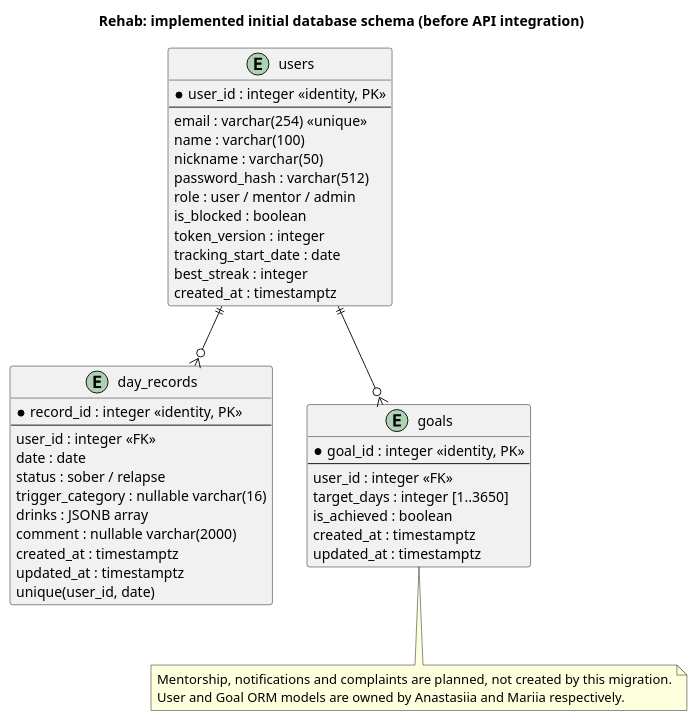
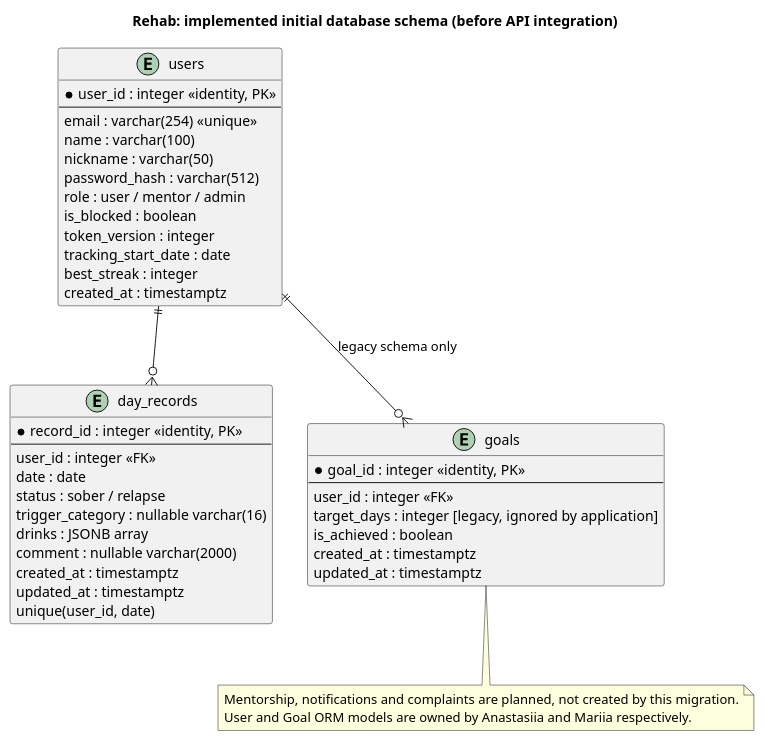
The diagram in docs/architecture/uml/implemented-data-model.puml (ukma-fin-ssdm-2026/Rehab), drawn with PlantUML before and after one commit. The commit also changed 12 other files, not shown here.

```diff
--- a/docs/architecture/uml/implemented-data-model.puml
+++ b/docs/architecture/uml/implemented-data-model.puml
@@ -1,45 +1,45 @@
 @startuml
 title Rehab: implemented initial database schema (before API integration)
 entity users {
   * user_id : integer <<identity, PK>>
   --
   email : varchar(254) <<unique>>
   name : varchar(100)
   nickname : varchar(50)
   password_hash : varchar(512)
   role : user / mentor / admin
   is_blocked : boolean
   token_version : integer
   tracking_start_date : date
   best_streak : integer
   created_at : timestamptz
 }
 entity day_records {
   * record_id : integer <<identity, PK>>
   --
   user_id : integer <<FK>>
   date : date
   status : sober / relapse
   trigger_category : nullable varchar(16)
   drinks : JSONB array
   comment : nullable varchar(2000)
   created_at : timestamptz
   updated_at : timestamptz
   unique(user_id, date)
 }
 entity goals {
   * goal_id : integer <<identity, PK>>
   --
   user_id : integer <<FK>>
-  target_days : integer [1..3650]
+  target_days : integer [legacy, ignored by application]
   is_achieved : boolean
   created_at : timestamptz
   updated_at : timestamptz
 }
 users ||--o{ day_records
-users ||--o{ goals
+users ||--o{ goals : legacy schema only
 note bottom
 Mentorship, notifications and complaints are planned, not created by this migration.
 User and Goal ORM models are owned by Anastasiia and Mariia respectively.
 end note
 @enduml
```
